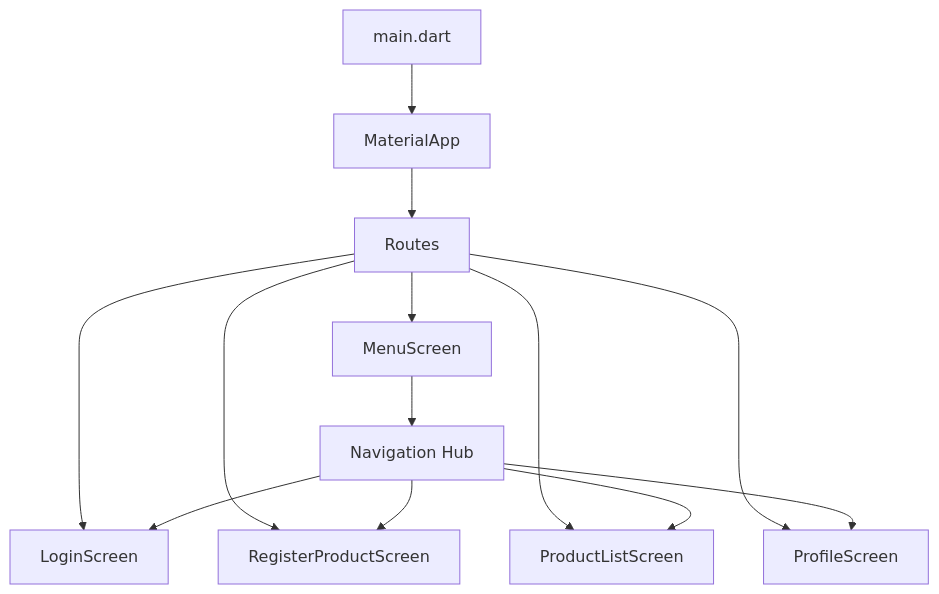
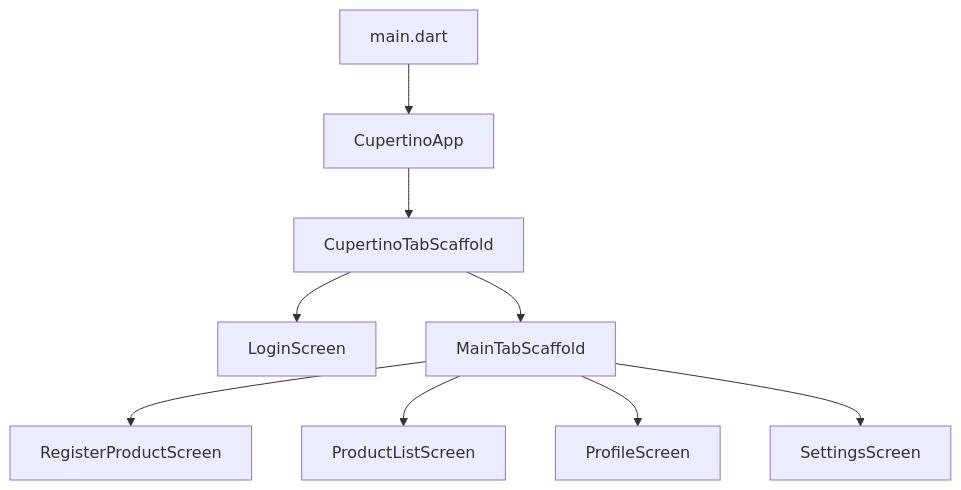
Before and after one commit to rafaelchuco/Tienda-Movil: the first of 3 diagrams in README.md, drawn with Mermaid. The commit also changed other lines of this file and 5 other files, not shown here.

Commit message:
Migrar la aplicación de Material Design a Cupertino, actualizando componentes y navegación para un estilo iOS nativo

````diff
--- a/README.md
+++ b/README.md
@@ -73,16 +73,11 @@
 ```mermaid
 graph TB
-    A[main.dart] --> B[MaterialApp]
-    B --> C[Routes]
+    A[main.dart] --> B[CupertinoApp]
+    B --> C[CupertinoTabScaffold]
     C --> D[LoginScreen]
-    C --> E[MenuScreen]
-    C --> F[RegisterProductScreen]
-    C --> G[ProductListScreen]
-    C --> H[ProfileScreen]
-    
-    E --> I[Navigation Hub]
-    I --> F
-    I --> G
-    I --> H
-    I --> D
+    C --> E[MainTabScaffold]
+    E --> F[RegisterProductScreen]
+    E --> G[ProductListScreen]
+    E --> H[ProfileScreen]
+    E --> I[SettingsScreen]
 ```
````
